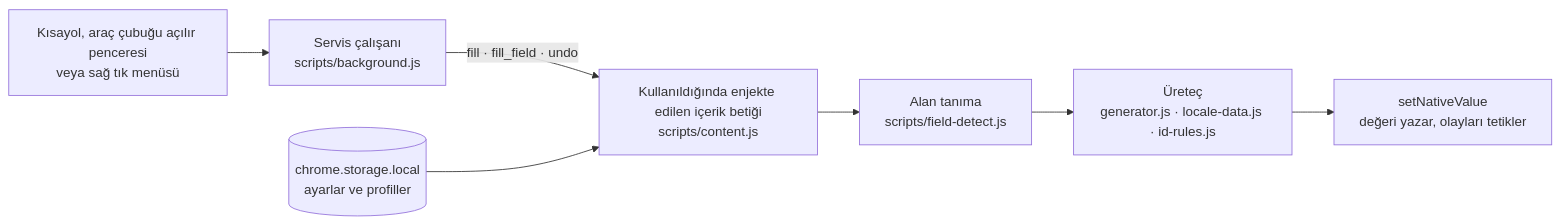
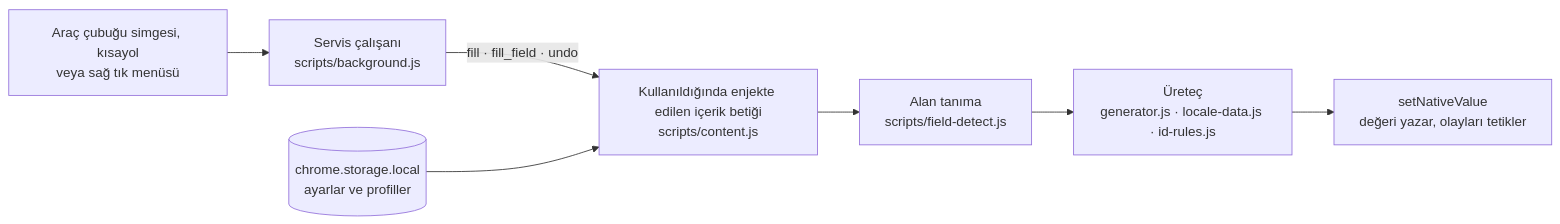
The diagram in README.tr.md (kilicberkay/FillHub), drawn with Mermaid before and after one commit. The commit also changed other lines of this file and 52 other files, not shown here.

````diff
--- a/README.tr.md
+++ b/README.tr.md
@@ -243,9 +245,9 @@
 ```mermaid
 flowchart LR
-    A["Kısayol, araç çubuğu açılır penceresi<br/>veya sağ tık menüsü"] --> B["Servis çalışanı<br/>scripts/background.js"]
+    A["Araç çubuğu simgesi, kısayol<br/>veya sağ tık menüsü"] --> B["Servis çalışanı<br/>scripts/background.js"]
     B -->|"fill · fill_field · undo"| C["Kullanıldığında enjekte edilen içerik betiği<br/>scripts/content.js"]
     S[("chrome.storage.local<br/>ayarlar ve profiller")] --> C
     C --> D["Alan tanıma<br/>scripts/field-detect.js"]
     D --> E["Üreteç<br/>generator.js · locale-data.js · id-rules.js"]
     E --> F["setNativeValue<br/>değeri yazar, olayları tetikler"]
 ```
````
